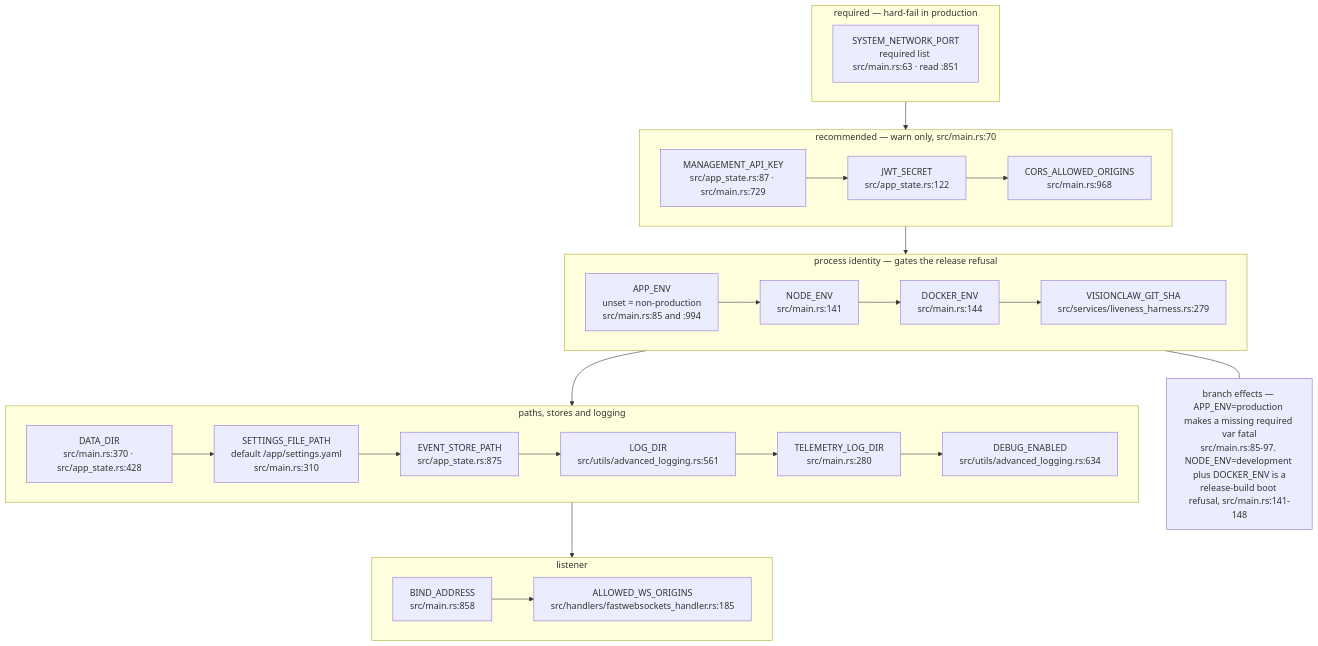
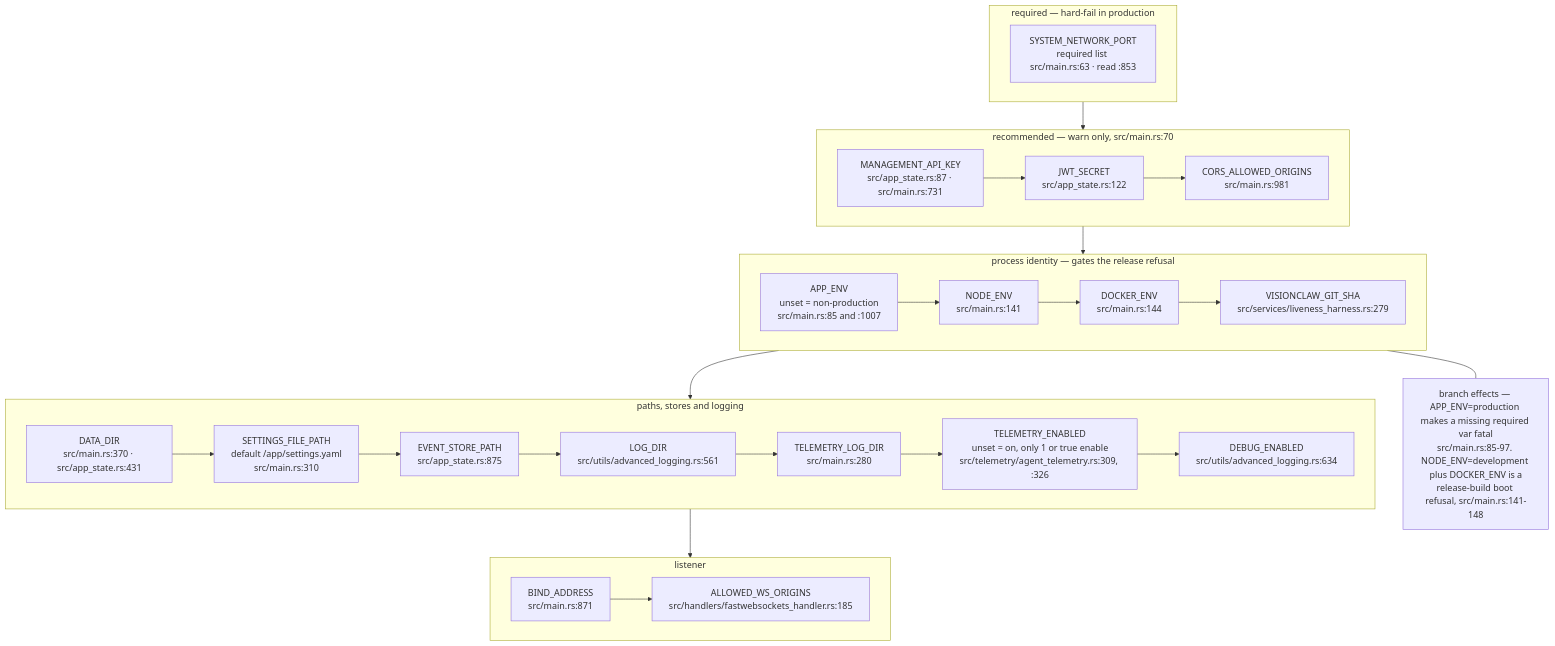
The eighth of 16 diagrams in docs/diagrams/visionclaw/09-config-and-env-flags.md (DreamLab-AI/VisionFlow), drawn with Mermaid before and after one commit. The commit also changed other lines of this file and 160 other files, not shown here.

````diff
--- a/docs/diagrams/visionclaw/09-config-and-env-flags.md
+++ b/docs/diagrams/visionclaw/09-config-and-env-flags.md
@@ -385,21 +389,21 @@
 ```mermaid
 flowchart TB
     subgraph REQ["required — hard-fail in production"]
-        E1["SYSTEM_NETWORK_PORT<br/>required list src/main.rs:63 · read :851"]
+        E1["SYSTEM_NETWORK_PORT<br/>required list src/main.rs:63 · read :853"]
     end
     subgraph RECO["recommended — warn only, src/main.rs:70"]
-        E2["MANAGEMENT_API_KEY<br/>src/app_state.rs:87 · src/main.rs:729"] --> E3["JWT_SECRET<br/>src/app_state.rs:122"] --> E4["CORS_ALLOWED_ORIGINS<br/>src/main.rs:968"]
+        E2["MANAGEMENT_API_KEY<br/>src/app_state.rs:87 · src/main.rs:731"] --> E3["JWT_SECRET<br/>src/app_state.rs:122"] --> E4["CORS_ALLOWED_ORIGINS<br/>src/main.rs:981"]
     end
     subgraph IDENT["process identity — gates the release refusal"]
-        E5["APP_ENV<br/>unset = non-production<br/>src/main.rs:85 and :994"] --> E6["NODE_ENV<br/>src/main.rs:141"] --> E7["DOCKER_ENV<br/>src/main.rs:144"] --> E8["VISIONCLAW_GIT_SHA<br/>src/services/liveness_harness.rs:279"]
+        E5["APP_ENV<br/>unset = non-production<br/>src/main.rs:85 and :1007"] --> E6["NODE_ENV<br/>src/main.rs:141"] --> E7["DOCKER_ENV<br/>src/main.rs:144"] --> E8["VISIONCLAW_GIT_SHA<br/>src/services/liveness_harness.rs:279"]
     end
     subgraph PATHS["paths, stores and logging"]
-        E9["DATA_DIR<br/>src/main.rs:370 · src/app_state.rs:428"] --> E10["SETTINGS_FILE_PATH<br/>default /app/settings.yaml<br/>src/main.rs:310"] --> E11["EVENT_STORE_PATH<br/>src/app_state.rs:875"] --> E12["LOG_DIR<br/>src/utils/advanced_logging.rs:561"] --> E13["TELEMETRY_LOG_DIR<br/>src/main.rs:280"] --> E14["DEBUG_ENABLED<br/>src/utils/advanced_logging.rs:634"]
+        E9["DATA_DIR<br/>src/main.rs:370 · src/app_state.rs:431"] --> E10["SETTINGS_FILE_PATH<br/>default /app/settings.yaml<br/>src/main.rs:310"] --> E11["EVENT_STORE_PATH<br/>src/app_state.rs:875"] --> E12["LOG_DIR<br/>src/utils/advanced_logging.rs:561"] --> E13["TELEMETRY_LOG_DIR<br/>src/main.rs:280"] --> E13b["TELEMETRY_ENABLED<br/>unset = on, only 1 or true enable<br/>src/telemetry/agent_telemetry.rs:309, :326"] --> E14["DEBUG_ENABLED<br/>src/utils/advanced_logging.rs:634"]
     end
     subgraph BIND["listener"]
-        E15["BIND_ADDRESS<br/>src/main.rs:858"] --> E16["ALLOWED_WS_ORIGINS<br/>src/handlers/fastwebsockets_handler.rs:185"]
+        E15["BIND_ADDRESS<br/>src/main.rs:871"] --> E16["ALLOWED_WS_ORIGINS<br/>src/handlers/fastwebsockets_handler.rs:185"]
     end
     REQ --> RECO --> IDENT --> PATHS --> BIND
     N["branch effects — APP_ENV=production makes a missing required var fatal<br/>src/main.rs:85-97. NODE_ENV=development plus DOCKER_ENV is a<br/>release-build boot refusal, src/main.rs:141-148"]
     IDENT --- N
 ```
````
